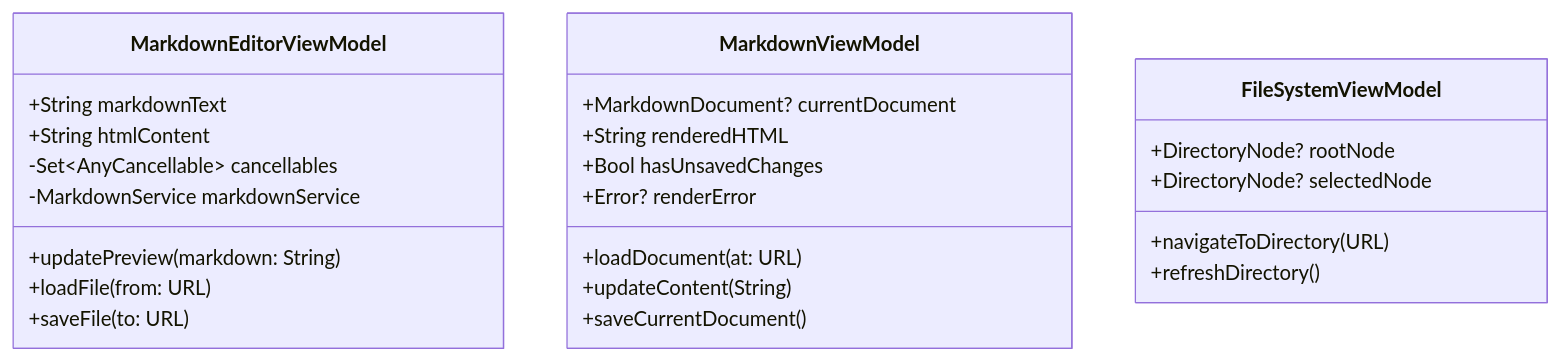
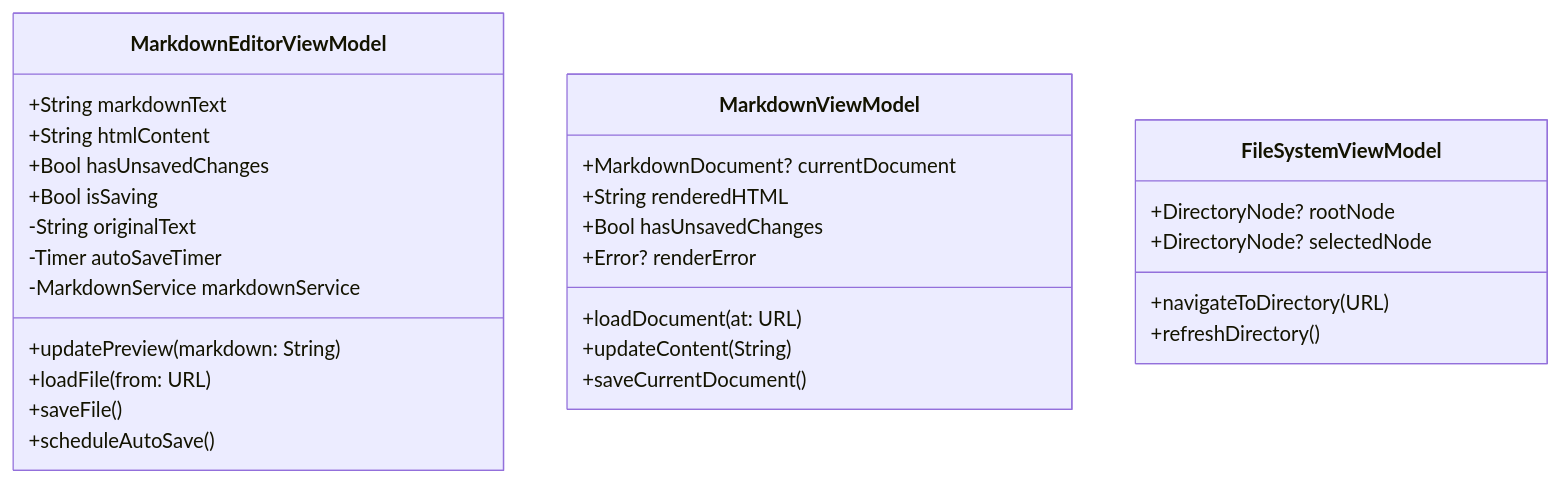
The third of 8 diagrams in docs/development/current-architecture.md (Consortium-team/mac-markdown-browser), drawn with Mermaid before and after one commit. The commit also changed other lines of this file and 2 other files, not shown here.

````diff
--- a/docs/development/current-architecture.md
+++ b/docs/development/current-architecture.md
@@ -104,29 +106,33 @@
 ```mermaid
 classDiagram
     class MarkdownEditorViewModel {
         +String markdownText
         +String htmlContent
-        -Set~AnyCancellable~ cancellables
+        +Bool hasUnsavedChanges
+        +Bool isSaving
+        -String originalText
+        -Timer autoSaveTimer
         -MarkdownService markdownService
         +updatePreview(markdown: String)
         +loadFile(from: URL)
-        +saveFile(to: URL)
+        +saveFile()
+        +scheduleAutoSave()
     }
     
     class MarkdownViewModel {
         +MarkdownDocument? currentDocument
         +String renderedHTML
         +Bool hasUnsavedChanges
         +Error? renderError
         +loadDocument(at: URL)
         +updateContent(String)
         +saveCurrentDocument()
     }
     
     class FileSystemViewModel {
         +DirectoryNode? rootNode
         +DirectoryNode? selectedNode
         +navigateToDirectory(URL)
         +refreshDirectory()
     }
 ```
````
